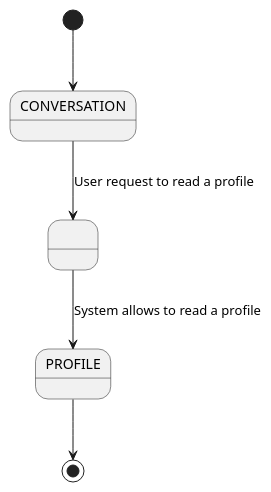
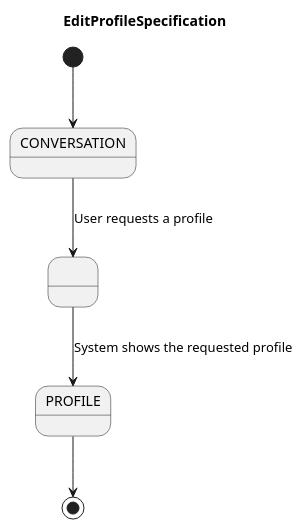
Before and after one commit to fraylopez/tinder: the diagram in docs/src/use-cases/specs/readprofile.spec.puml, drawn with PlantUML. The commit also changed 1 other file, not shown here.

Commit message:
delete and edit profile

```diff
--- a/docs/src/use-cases/specs/readprofile.spec.puml
+++ b/docs/src/use-cases/specs/readprofile.spec.puml
@@ -1,15 +1,16 @@
-@startuml
+@startuml EditProfileSpecification
+
+title EditProfileSpecification
 
 state CONVERSATION
 state PROFILE
-state READING_PROFILE as " "
+state WAITING_PROFILE as " "
 
 
 [*] --> CONVERSATION
-CONVERSATION --> READING_PROFILE: User request to read a profile
-READING_PROFILE --> PROFILE: System allows to read a profile
-
+CONVERSATION --> WAITING_PROFILE: User requests a profile
+WAITING_PROFILE --> PROFILE: System shows the requested profile
 PROFILE --> [*]
 
 
 @enduml
```
